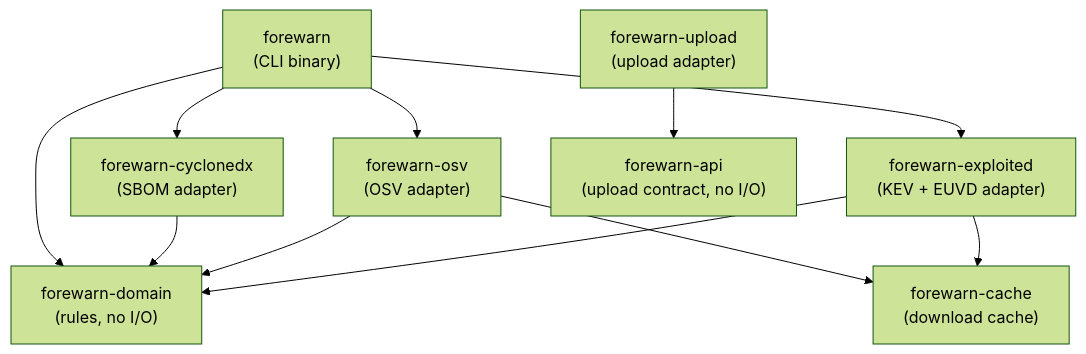
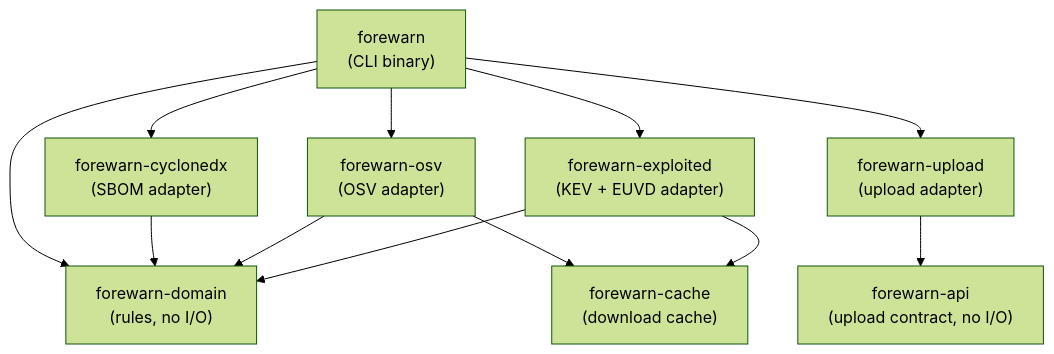
One commit to Electron-libre/forewarn-cli changed the first of 2 diagrams in docs/architecture.md. Above: the diagram before and after it, drawn with Mermaid (forest theme). The commit also changed other lines of this file and 10 other files, not shown here.

````diff
--- a/docs/architecture.md
+++ b/docs/architecture.md
@@ -25,17 +25,17 @@
 ```mermaid
 flowchart TD
     cli["forewarn<br/>(CLI binary)"]
     cdx["forewarn-cyclonedx<br/>(SBOM adapter)"]
     osv["forewarn-osv<br/>(OSV adapter)"]
     exp["forewarn-exploited<br/>(KEV + EUVD adapter)"]
     cache["forewarn-cache<br/>(download cache)"]
     domain["forewarn-domain<br/>(rules, no I/O)"]
     api["forewarn-api<br/>(upload contract, no I/O)"]
     upl["forewarn-upload<br/>(upload adapter)"]
 
-    cli --> cdx & osv & exp & domain
+    cli --> cdx & osv & exp & domain & upl
     cdx --> domain
     osv --> domain & cache
     exp --> domain & cache
     upl --> api
 ```
````
